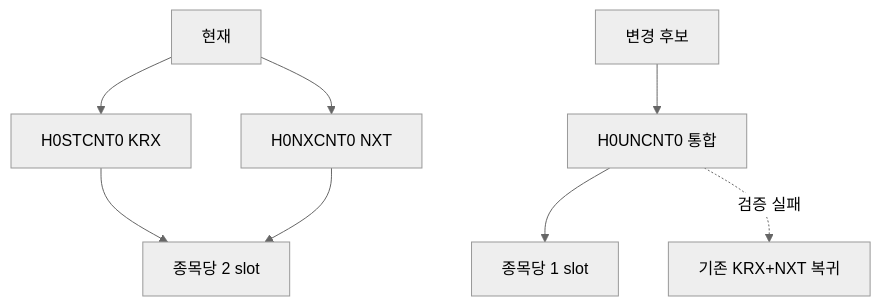
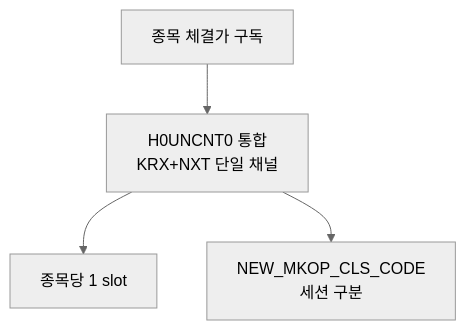
One commit to sp-daewoon/magicJar changed the ninth of 9 diagrams in docs/operations/kis-api-mcp-adoption-plan.md. Above: the diagram before and after it, drawn with Mermaid (neutral theme). The commit also changed other lines of this file and 17 other files, not shown here.

````diff
--- a/docs/operations/kis-api-mcp-adoption-plan.md
+++ b/docs/operations/kis-api-mcp-adoption-plan.md
@@ -250,11 +250,6 @@
 ```mermaid
 flowchart TD
-    Now["현재"] --> KRX["H0STCNT0 KRX"]
-    Now --> NXT["H0NXCNT0 NXT"]
-    KRX --> Slot2["종목당 2 slot"]
-    NXT --> Slot2
-
-    Next["변경 후보"] --> UN["H0UNCNT0 통합"]
+    Sub["종목 체결가 구독"] --> UN["H0UNCNT0 통합<br/>KRX+NXT 단일 채널"]
     UN --> Slot1["종목당 1 slot"]
-    UN -. "검증 실패" .-> Fallback["기존 KRX+NXT 복귀"]
+    UN --> Sess["NEW_MKOP_CLS_CODE<br/>세션 구분"]
 ```
````
